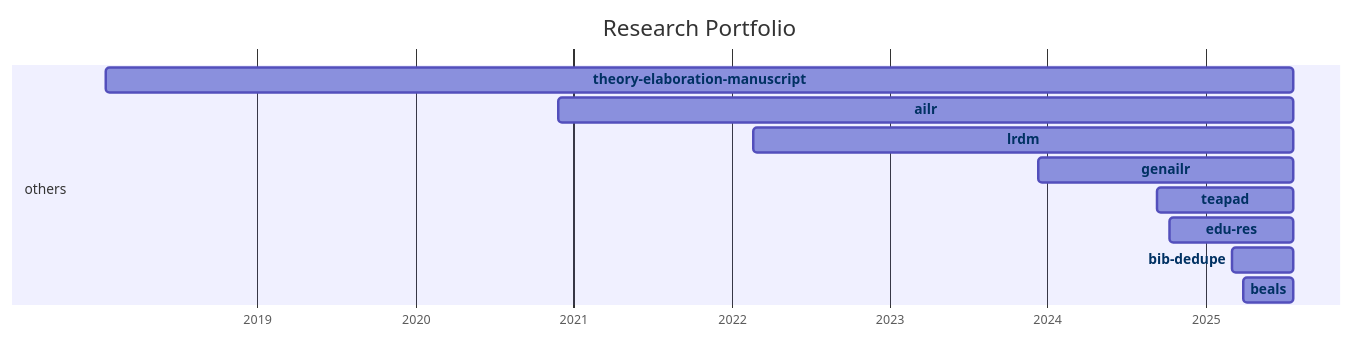
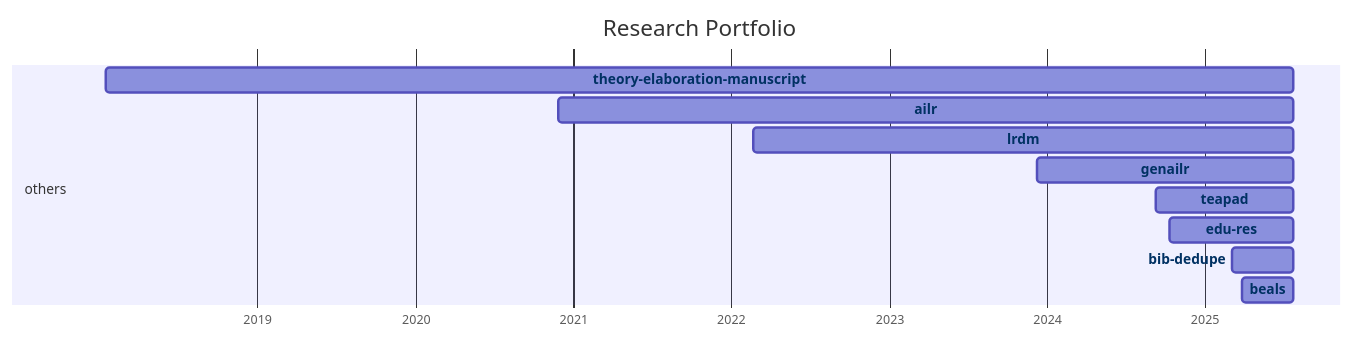
One commit to digital-work-lab/handbook changed the diagram in docs/20-research/25-projects-gantt.md. Above: the diagram before and after it, drawn with Mermaid.

Commit message:
Update repository overview

````diff
--- a/docs/20-research/25-projects-gantt.md
+++ b/docs/20-research/25-projects-gantt.md
@@ -8,35 +8,35 @@
 ```mermaid
 ---
 displayMode: compact
 ---
 gantt
 title Research Portfolio
 dateFormat YYYY-MM-DD
 axisFormat %Y
 
     section work_practices
 
     section distributed_organizing
 
     section knowledge_synthesis
 
     section others
-        beals :beals, 2025-03-28, 2025-07-23
-        bib-dedupe :bib-dedupe, 2025-03-04, 2025-07-23
-        edu-res :edu-res, 2024-10-10, 2025-07-23
-        teapad :teapad, 2024-09-10, 2025-07-23
-        genailr :genailr, 2023-12-10, 2025-07-23
-        lrdm :lrdm, 2022-02-20, 2025-07-23
-        ailr :ailr, 2020-11-26, 2025-07-23
-        theory-elaboration-manuscript :theory-elaboration-manuscript, 2018-01-15, 2025-07-23
+        beals :beals, 2025-03-28, 2025-07-24
+        bib-dedupe :bib-dedupe, 2025-03-04, 2025-07-24
+        edu-res :edu-res, 2024-10-10, 2025-07-24
+        teapad :teapad, 2024-09-10, 2025-07-24
+        genailr :genailr, 2023-12-10, 2025-07-24
+        lrdm :lrdm, 2022-02-20, 2025-07-24
+        ailr :ailr, 2020-11-26, 2025-07-24
+        theory-elaboration-manuscript :theory-elaboration-manuscript, 2018-01-15, 2025-07-24
 
 
     click beals href "{{ site.baseurl }}/docs/10-lab/18-resources/beals.html"
     click bib-dedupe href "{{ site.baseurl }}/docs/10-lab/18-resources/bib-dedupe.html"
     click edu-res href "{{ site.baseurl }}/docs/10-lab/18-resources/edu-res.html"
     click teapad href "{{ site.baseurl }}/docs/10-lab/18-resources/teapad.html"
     click genailr href "{{ site.baseurl }}/docs/10-lab/18-resources/genailr.html"
     click lrdm href "{{ site.baseurl }}/docs/10-lab/18-resources/lrdm.html"
     click ailr href "{{ site.baseurl }}/docs/10-lab/18-resources/ailr.html"
     click theory-elaboration-manuscript href "{{ site.baseurl }}/docs/10-lab/18-resources/theory-elaboration-manuscript.html"
 ```
````
